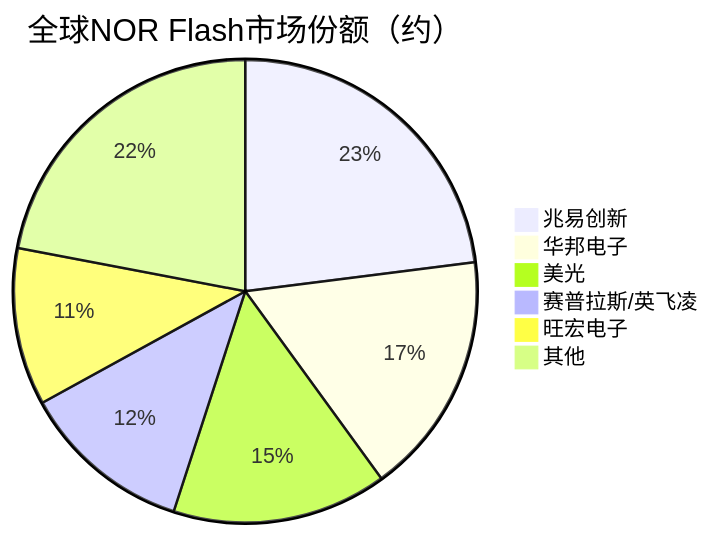
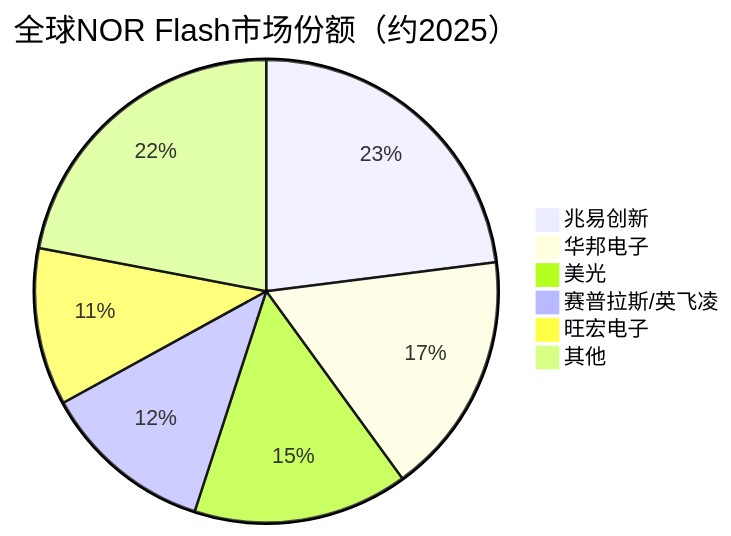
Before and after one commit to blueprint1453/industry-insight: the third of 3 diagrams in 存储产业链/中游/NAND/NOR-Flash.md, drawn with Mermaid. The commit also changed other lines of this file and 78 other files, not shown here.

````diff
--- a/存储产业链/中游/NAND/NOR-Flash.md
+++ b/存储产业链/中游/NAND/NOR-Flash.md
@@ -112,9 +112,9 @@
 ```mermaid
-pie title 全球NOR Flash市场份额（约）
+pie title 全球NOR Flash市场份额（约2025）
     "兆易创新" : 23
     "华邦电子" : 17
     "美光" : 15
     "赛普拉斯/英飞凌" : 12
     "旺宏电子" : 11
     "其他" : 22
 ```
````
